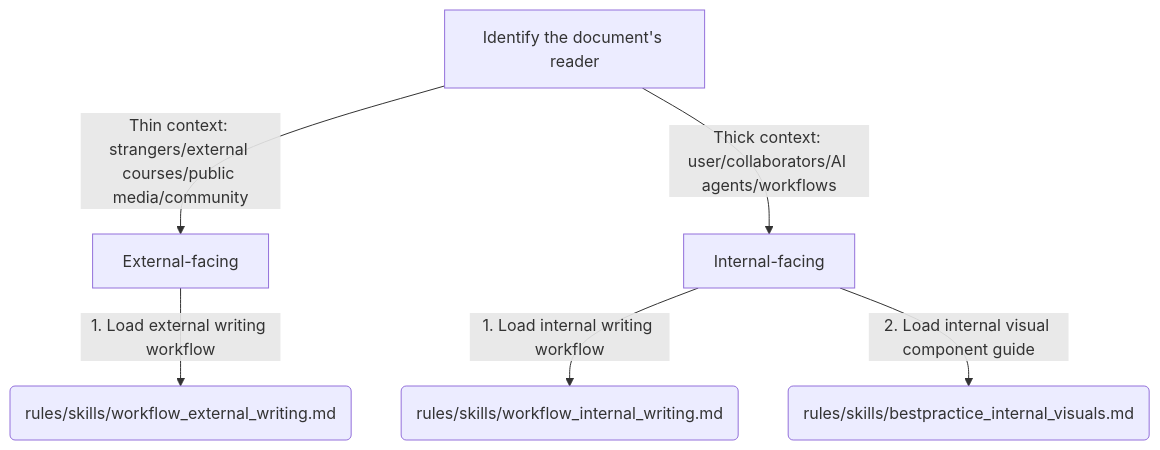
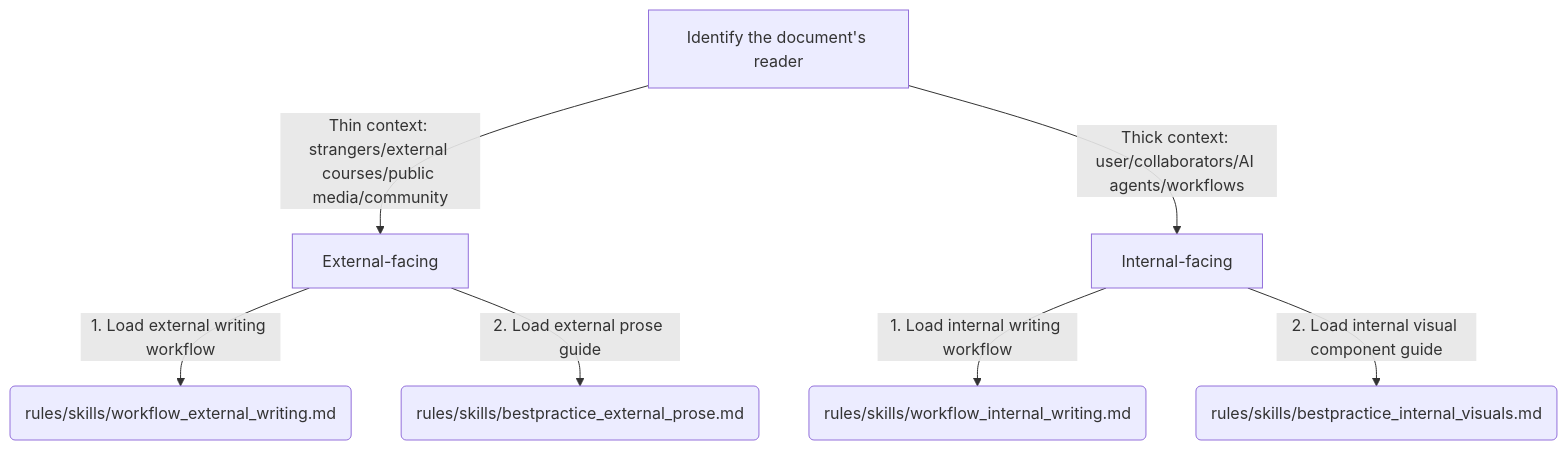
The diagram in rules/COMMUNICATION.md (grapeot/context-infrastructure-en), drawn with Mermaid before and after one commit. The commit also changed 4 other files, not shown here.

````diff
--- a/rules/COMMUNICATION.md
+++ b/rules/COMMUNICATION.md
@@ -41,10 +41,11 @@
 ```mermaid
 graph TD
     A[Identify the document's reader] -->|Thin context: strangers/external courses/public media/community| B[External-facing]
     A -->|Thick context: user/collaborators/AI agents/workflows| C[Internal-facing]
 
     B -->|1. Load external writing workflow| D(rules/skills/workflow_external_writing.md)
+    B -->|2. Load external prose guide| E(rules/skills/bestpractice_external_prose.md)
 
     C -->|1. Load internal writing workflow| F(rules/skills/workflow_internal_writing.md)
     C -->|2. Load internal visual component guide| G(rules/skills/bestpractice_internal_visuals.md)
 ```
````
